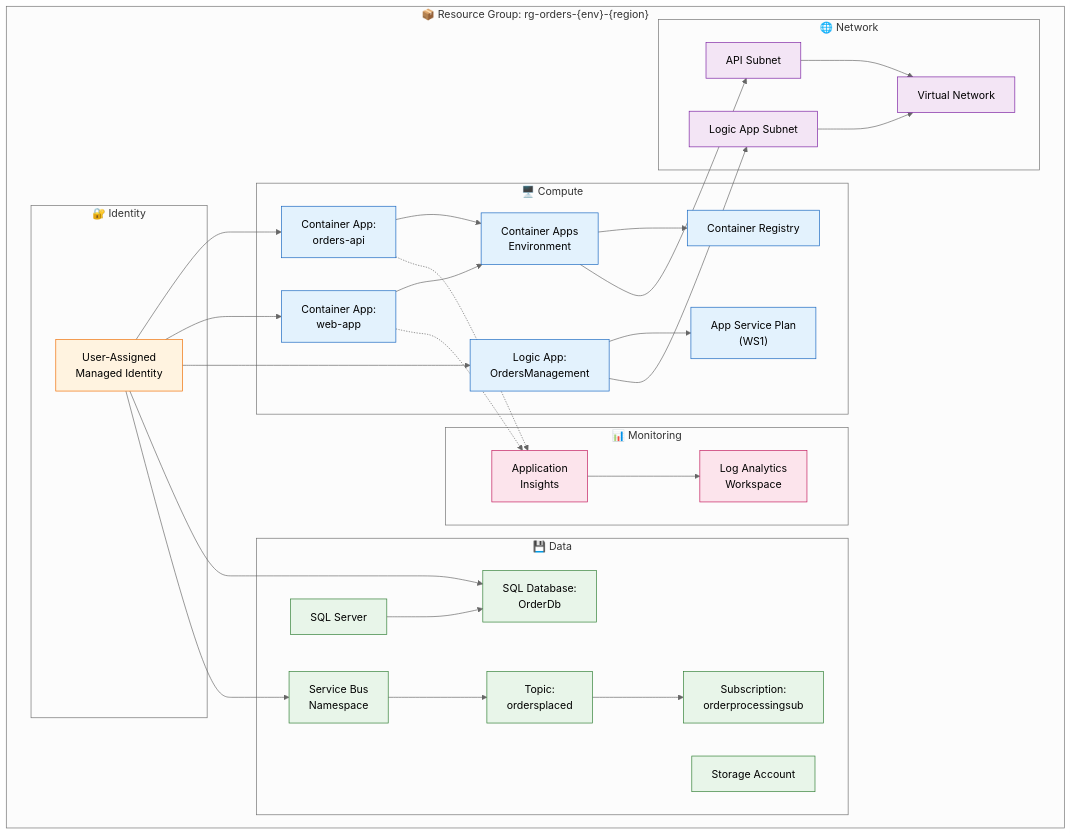
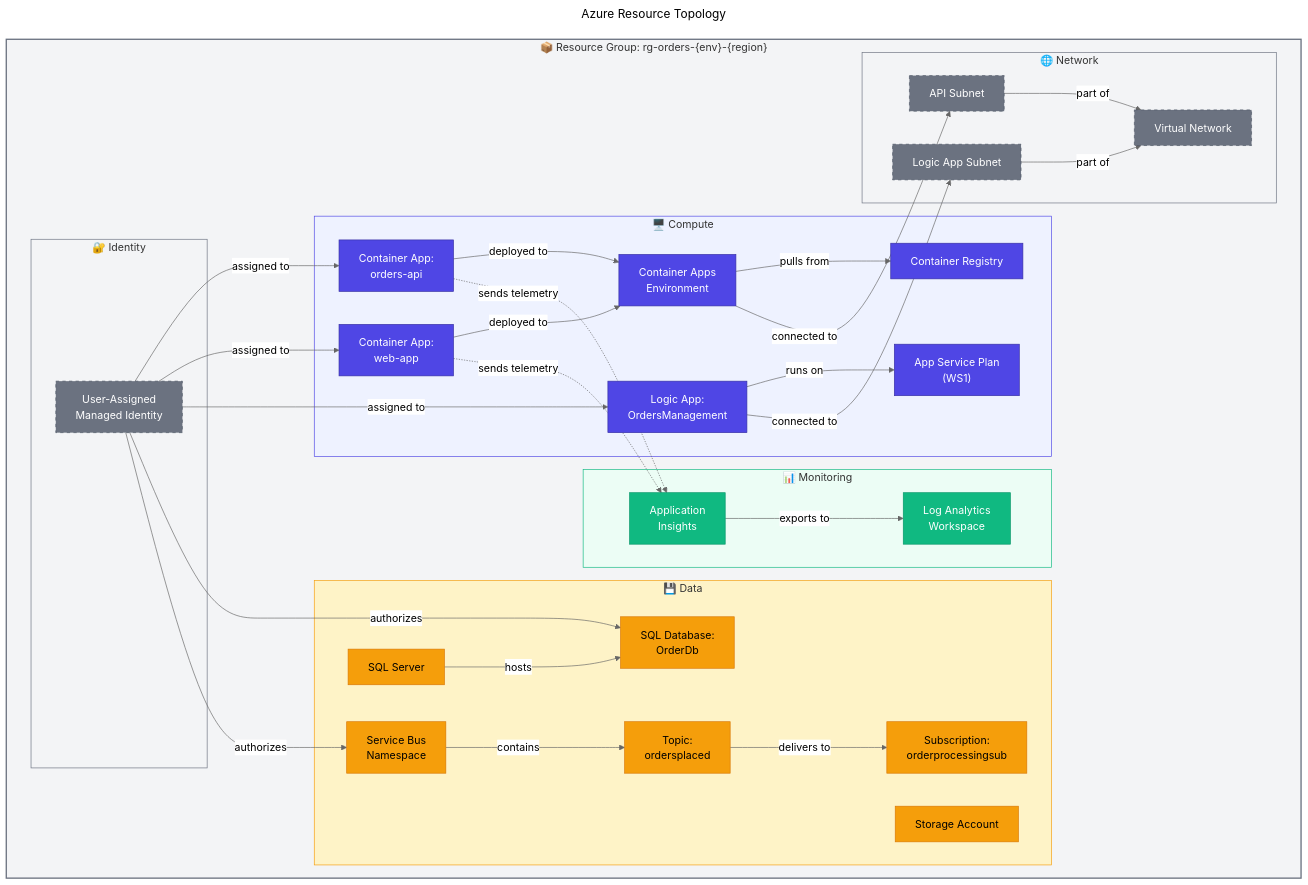
Before and after one commit to Evilazaro/Azure-LogicApps-Monitoring: the second of 2 diagrams in docs/architecture/04-technology-architecture.md, drawn with Mermaid (neutral theme). The commit also changed other lines of this file, not shown here.

Commit message:
feat: Update technology architecture diagrams with enhanced platform decomposition and resource topology

````diff
--- a/docs/architecture/04-technology-architecture.md
+++ b/docs/architecture/04-technology-architecture.md
@@ -103,11 +120,17 @@
 ```mermaid
+---
+title: Azure Resource Topology
+---
 flowchart TB
+    %% ===== RESOURCE GROUP =====
     subgraph RG["📦 Resource Group: rg-orders-{env}-{region}"]
-        subgraph Identity["🔐 Identity"]
+        %% ===== IDENTITY RESOURCES =====
+        subgraph IdentityRG["🔐 Identity"]
             MI["User-Assigned<br/>Managed Identity"]
         end
 
-        subgraph Compute["🖥️ Compute"]
+        %% ===== COMPUTE RESOURCES =====
+        subgraph ComputeRG["🖥️ Compute"]
             CAE["Container Apps<br/>Environment"]
             CA1["Container App:<br/>orders-api"]
             CA2["Container App:<br/>web-app"]
@@ -116,7 +139,8 @@
             LogicApp["Logic App:<br/>OrdersManagement"]
         end
 
-        subgraph Data["💾 Data"]
+        %% ===== DATA RESOURCES =====
+        subgraph DataRG["💾 Data"]
             SQLServer["SQL Server"]
             SQLDb["SQL Database:<br/>OrderDb"]
             SBNamespace["Service Bus<br/>Namespace"]
@@ -125,39 +149,59 @@
             StorageAcct["Storage Account"]
         end
 
-        subgraph Monitoring["📊 Monitoring"]
+        %% ===== MONITORING RESOURCES =====
+        subgraph MonitoringRG["📊 Monitoring"]
             LAW["Log Analytics<br/>Workspace"]
             AppInsights["Application<br/>Insights"]
         end
 
-        subgraph Network["🌐 Network"]
+        %% ===== NETWORK RESOURCES =====
+        subgraph NetworkRG["🌐 Network"]
             VNet["Virtual Network"]
             APISubnet["API Subnet"]
             LASubnet["Logic App Subnet"]
         end
     end
 
-    MI --> CA1 & CA2 & LogicApp & SQLDb & SBNamespace
-    CA1 & CA2 --> CAE
-    CAE --> ACR
-    LogicApp --> ASP
-    SQLServer --> SQLDb
-    SBNamespace --> SBTopic --> SBSub
-    AppInsights --> LAW
-    CA1 & CA2 -.-> AppInsights
-    CAE --> APISubnet
-    LogicApp --> LASubnet
-    APISubnet & LASubnet --> VNet
+    %% ===== CONNECTIONS =====
+    MI -->|"assigned to"| CA1
+    MI -->|"assigned to"| CA2
+    MI -->|"assigned to"| LogicApp
+    MI -->|"authorizes"| SQLDb
+    MI -->|"authorizes"| SBNamespace
+    CA1 -->|"deployed to"| CAE
+    CA2 -->|"deployed to"| CAE
+    CAE -->|"pulls from"| ACR
+    LogicApp -->|"runs on"| ASP
+    SQLServer -->|"hosts"| SQLDb
+    SBNamespace -->|"contains"| SBTopic
+    SBTopic -->|"delivers to"| SBSub
+    AppInsights -->|"exports to"| LAW
+    CA1 -.->|"sends telemetry"| AppInsights
+    CA2 -.->|"sends telemetry"| AppInsights
+    CAE -->|"connected to"| APISubnet
+    LogicApp -->|"connected to"| LASubnet
+    APISubnet -->|"part of"| VNet
+    LASubnet -->|"part of"| VNet
 
-    classDef identity fill:#fff3e0,stroke:#ef6c00
-    classDef compute fill:#e3f2fd,stroke:#1565c0
-    classDef data fill:#e8f5e9,stroke:#2e7d32
-    classDef monitoring fill:#fce4ec,stroke:#c2185b
-    classDef network fill:#f3e5f5,stroke:#7b1fa2
+    %% ===== STYLES - NODE CLASSES =====
+    classDef primary fill:#4F46E5,stroke:#3730A3,color:#FFFFFF
+    classDef datastore fill:#F59E0B,stroke:#D97706,color:#000000
+    classDef secondary fill:#10B981,stroke:#059669,color:#FFFFFF
+    classDef external fill:#6B7280,stroke:#4B5563,color:#FFFFFF,stroke-dasharray:5 5
 
-    class MI identity
-    class CAE,CA1,CA2,ACR,ASP,LogicApp compute
-    class SQLServer,SQLDb,SBNamespace,SBTopic,SBSub,StorageAcct data
-    class LAW,AppInsights monitoring
-    class VNet,APISubnet,LASubnet network
+    %% ===== CLASS ASSIGNMENTS =====
+    class MI external
+    class CAE,CA1,CA2,ACR,ASP,LogicApp primary
+    class SQLServer,SQLDb,SBNamespace,SBTopic,SBSub,StorageAcct datastore
+    class LAW,AppInsights secondary
+    class VNet,APISubnet,LASubnet external
+
+    %% ===== SUBGRAPH STYLES =====
+    style RG fill:#F3F4F6,stroke:#6B7280,stroke-width:2px
+    style IdentityRG fill:#F3F4F6,stroke:#6B7280,stroke-width:1px
+    style ComputeRG fill:#EEF2FF,stroke:#4F46E5,stroke-width:1px
+    style DataRG fill:#FEF3C7,stroke:#F59E0B,stroke-width:1px
+    style MonitoringRG fill:#ECFDF5,stroke:#10B981,stroke-width:1px
+    style NetworkRG fill:#F3F4F6,stroke:#6B7280,stroke-width:1px
 ```
````
